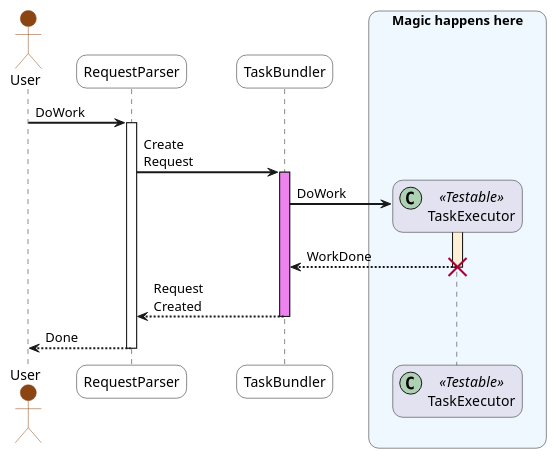
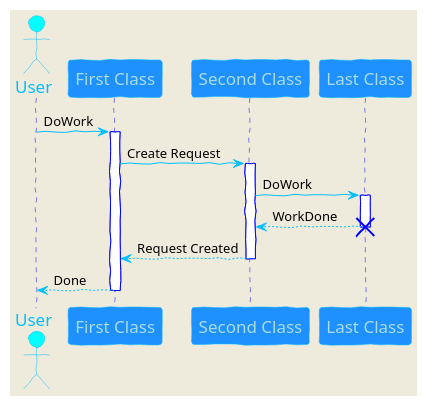
The diagram in techmate_design/src/main/java/uml/usecase/test.puml (Caleumtatsu2010/techmate_parent), drawn with PlantUML before and after one commit. The commit also changed 27 other files, not shown here.

```diff
--- a/techmate_design/src/main/java/uml/usecase/test.puml
+++ b/techmate_design/src/main/java/uml/usecase/test.puml
@@ -1,44 +1,44 @@
 @startuml
+skinparam backgroundColor #EEEBDC
+skinparam handwritten true
 
-'!include plantuml-ae.iuml
+skinparam sequence {
+ArrowColor DeepSkyBlue
+ActorBorderColor DeepSkyBlue
+LifeLineBorderColor blue
+'LifeLineBackgroundColor #A9DCDF
 
-skinparam sequenceArrowThickness 2
-skinparam roundcorner 20
-skinparam maxmessagesize 60
+ParticipantBorderColor DeepSkyBlue
+ParticipantBackgroundColor DodgerBlue
+ParticipantFontName Impact
+ParticipantFontSize 17
+ParticipantFontColor #A9DCDF
 
+ActorBackgroundColor aqua
+ActorFontColor DeepSkyBlue
+ActorFontSize 17
+ActorFontName Aapex
+}
 
-skinparam ParticipantPadding 20
-skinparam BoxPadding 10
-skinparam SequenceBoxBackgroundColor AliceBlue
-skinparam ActorBorderColor    SaddleBrown
-
-
-actor User #SaddleBrown
-
-participant "RequestParser" as A #white
-participant "TaskBundler" as B #white
-
-box "Magic happens here"
-participant "TaskExecutor" as C << (C,#ADD1B2) Testable >>
-end box
+actor User
+participant "First Class" as A
+participant "Second Class" as B
+participant "Last Class" as C
 
 User -> A: DoWork
 activate A
 
 A -> B: Create Request
-activate B #violet
+activate B
 
-create C
 B -> C: DoWork
-activate C #PapayaWhip
+activate C
 C --> B: WorkDone
 destroy C
 
 B --> A: Request Created
 deactivate B
 
 A --> User: Done
 deactivate A
-
-'!include ../../plantuml-styles/ae-copyright-footer.txt
 @enduml
```
